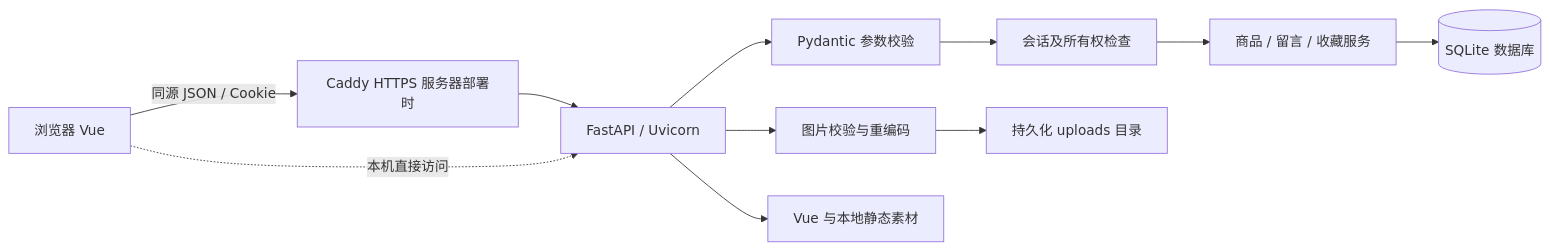
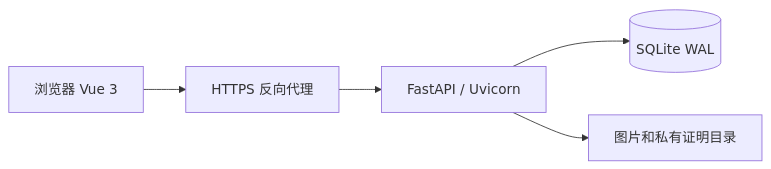
Before and after one commit to Fufuzka/xishi-campus-market: the diagram in docs/02-架构设计.md, drawn with Mermaid. The commit also changed other lines of this file and 29 other files, not shown here.

````diff
--- a/docs/02-架构设计.md
+++ b/docs/02-架构设计.md
@@ -26,13 +7,7 @@
 ```mermaid
 flowchart LR
-    B[浏览器 Vue] -->|同源 JSON / Cookie| P[Caddy HTTPS 服务器部署时]
+    B[浏览器 Vue 3] --> P[HTTPS 反向代理]
     P --> A[FastAPI / Uvicorn]
-    B -. 本机直接访问 .-> A
-    A --> V[Pydantic 参数校验]
-    V --> U[会话及所有权检查]
-    U --> S[商品 / 留言 / 收藏服务]
-    S --> D[(SQLite 数据库)]
-    A --> I[图片校验与重编码]
-    I --> F[持久化 uploads 目录]
-    A --> T[Vue 与本地静态素材]
+    A --> D[(SQLite WAL)]
+    A --> F[图片和私有证明目录]
 ```
````
